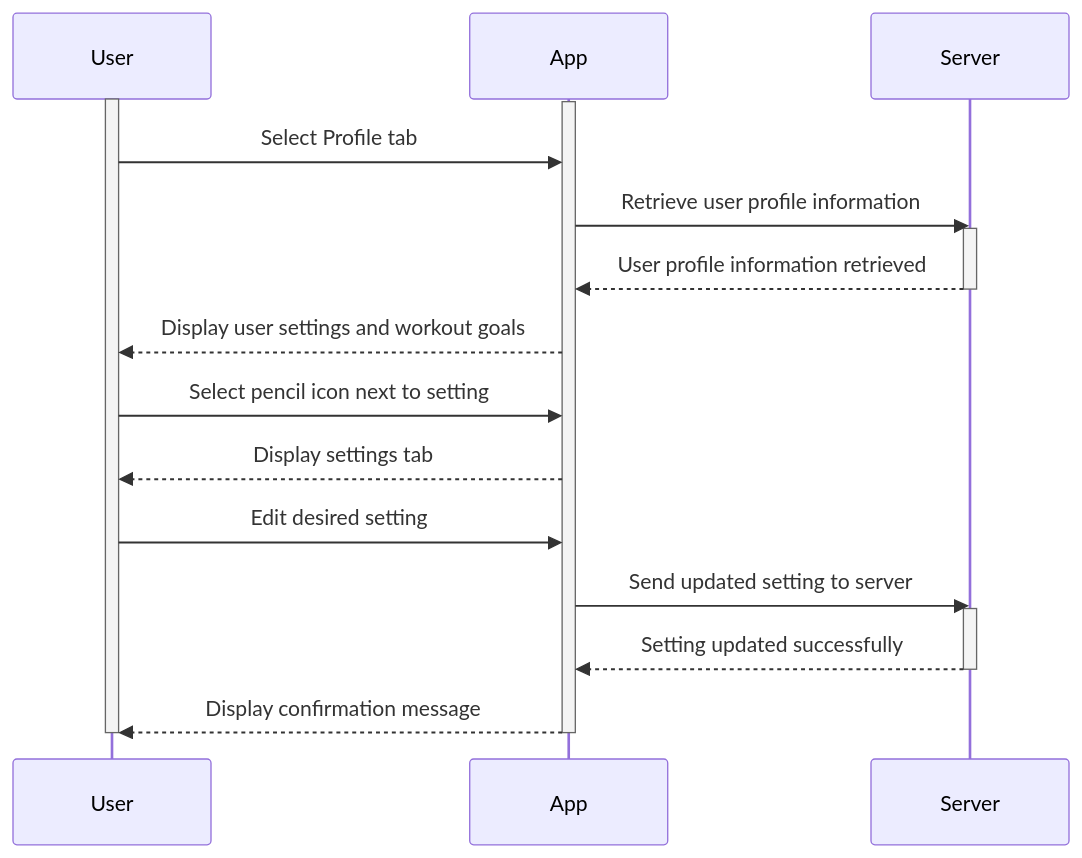
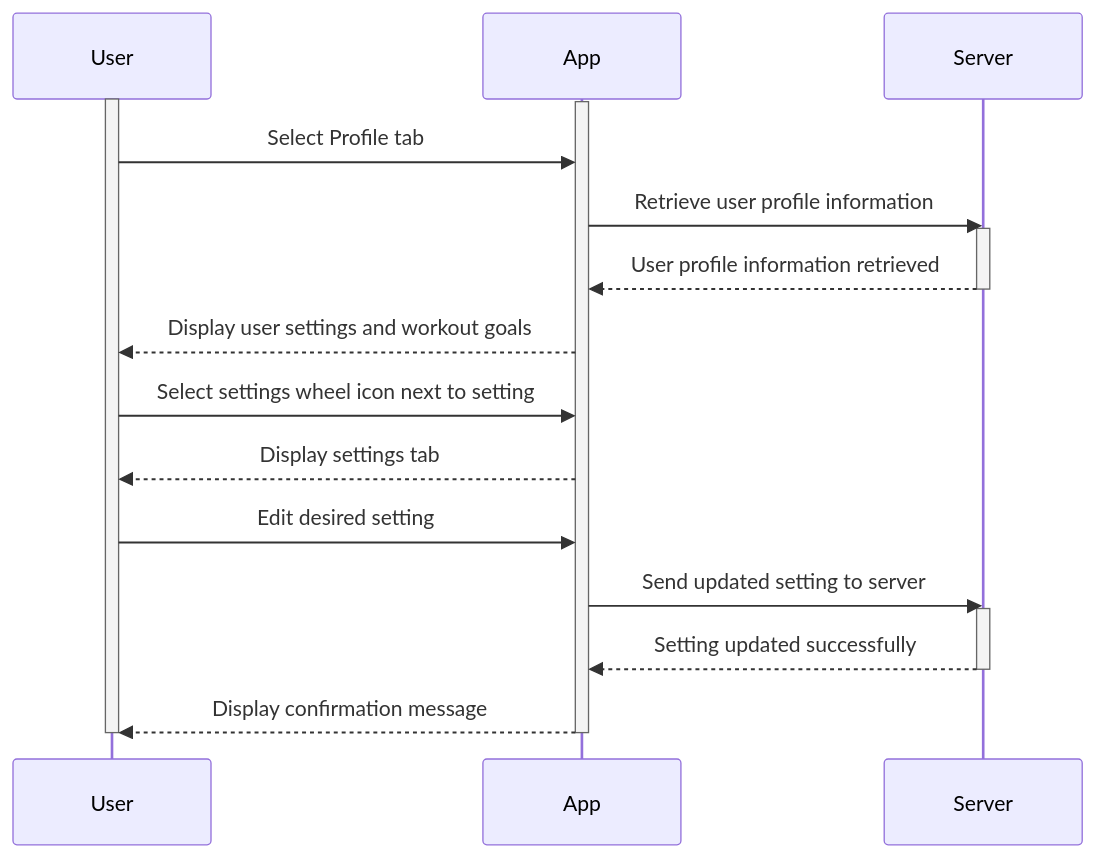
One commit to Capstone-Projects-2024-Spring/project-smartweights changed the third of 11 diagrams in documentation/docs/system-architecture/sequence-diagrams.md. Above: the diagram before and after it, drawn with Mermaid. The commit also changed other lines of this file and 7 other files, not shown here.

````diff
--- a/documentation/docs/system-architecture/sequence-diagrams.md
+++ b/documentation/docs/system-architecture/sequence-diagrams.md
@@ -92,27 +83,27 @@
 ```mermaid 
 sequenceDiagram
     participant User
     participant App
     participant Server
    
 
    activate User
    activate App
     User->>App: Select Profile tab
     App->>Server: Retrieve user profile information
     activate Server
     Server-->>App: User profile information retrieved
     deactivate Server
     App-->>User: Display user settings and workout goals
-    User->>App: Select pencil icon next to setting
+    User->>App: Select settings wheel icon next to setting
     App-->>User: Display settings tab
     User->>App: Edit desired setting
     App->>Server: Send updated setting to server
     activate Server
     Server-->>App: Setting updated successfully
     deactivate Server
     App-->>User: Display confirmation message
 
     deactivate User
     deactivate App
 ```
````
